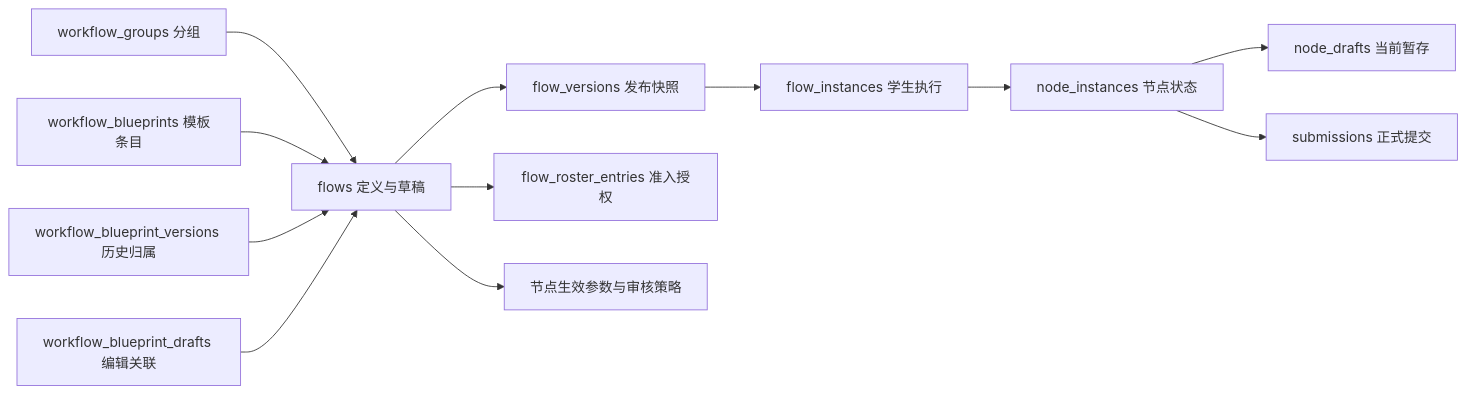
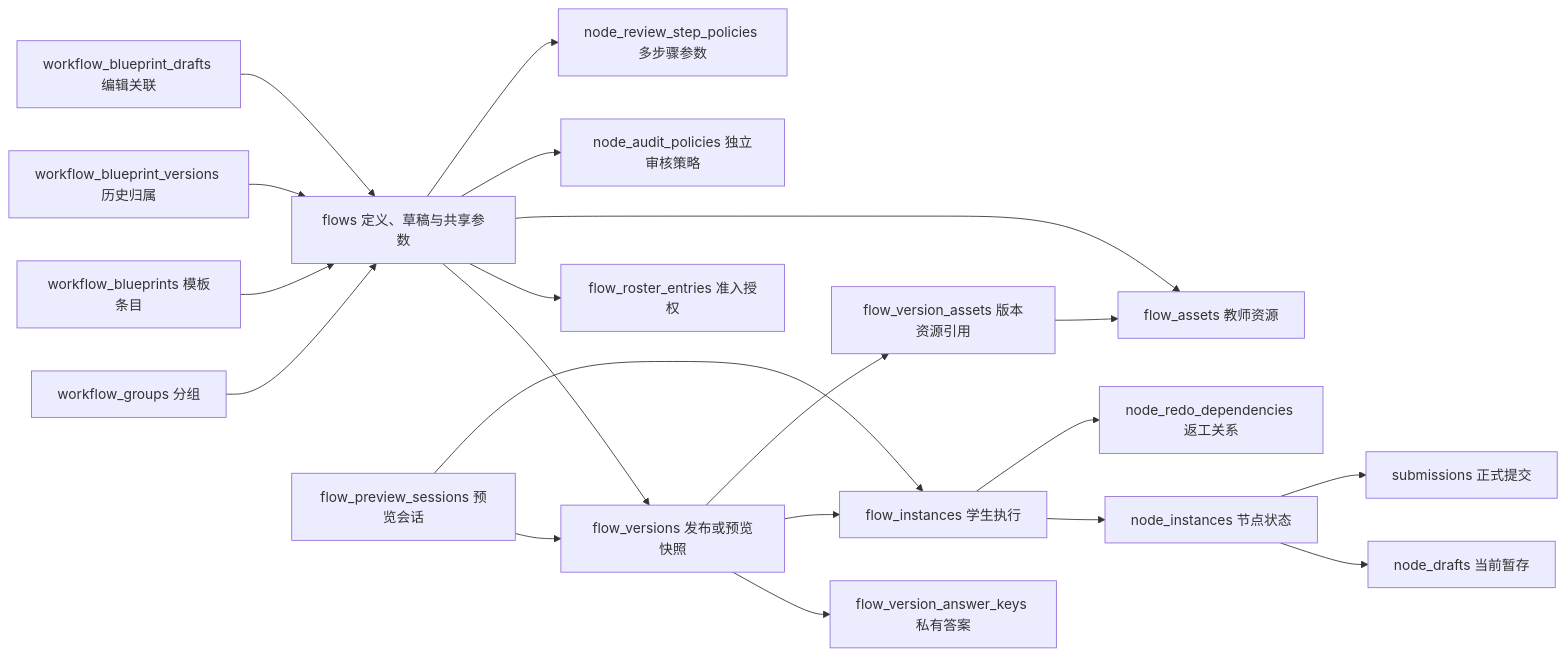
One commit to layerism/moyin changed the diagram in docs/database-table-consolidation-audit.md. Above: the diagram before and after it, drawn with Mermaid. The commit also changed other lines of this file and 2 other files, not shown here.

Commit message:
chore: checkpoint before node configuration consolidation

````diff
--- a/docs/database-table-consolidation-audit.md
+++ b/docs/database-table-consolidation-audit.md
@@ -63,14 +65,22 @@
 ```mermaid
 flowchart LR
-    G[workflow_groups 分组] --> F[flows 定义与草稿]
-    F --> V[flow_versions 发布快照]
+    G[workflow_groups 分组] --> F[flows 定义、草稿与共享参数]
+    F --> V[flow_versions 发布或预览快照]
+    V --> K[flow_version_answer_keys 私有答案]
     V --> I[flow_instances 学生执行]
     I --> N[node_instances 节点状态]
     N --> D[node_drafts 当前暂存]
     N --> S[submissions 正式提交]
     F --> R[flow_roster_entries 准入授权]
-    F --> P[节点生效参数与审核策略]
+    F --> A[flow_assets 教师资源]
+    F --> P[node_audit_policies 独立审核策略]
+    F --> Q[node_review_step_policies 多步骤参数]
+    I --> X[node_redo_dependencies 返工关系]
+    E[flow_preview_sessions 预览会话] --> V
+    E --> I
+    V --> VA[flow_version_assets 版本资源引用]
+    VA --> A
     B[workflow_blueprints 模板条目] --> F
     BV[workflow_blueprint_versions 历史归属] --> F
     BD[workflow_blueprint_drafts 编辑关联] --> F
 ```
````
